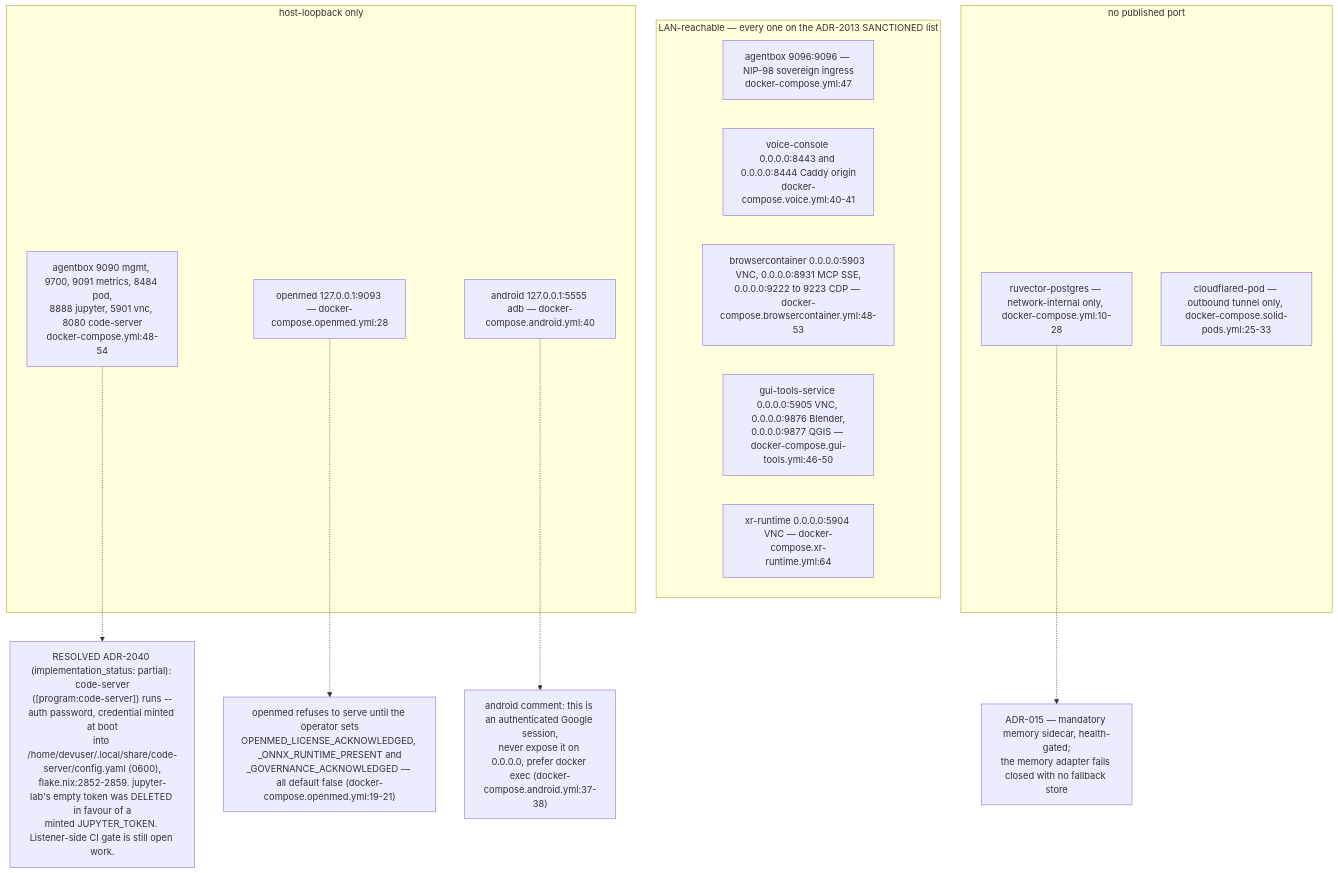
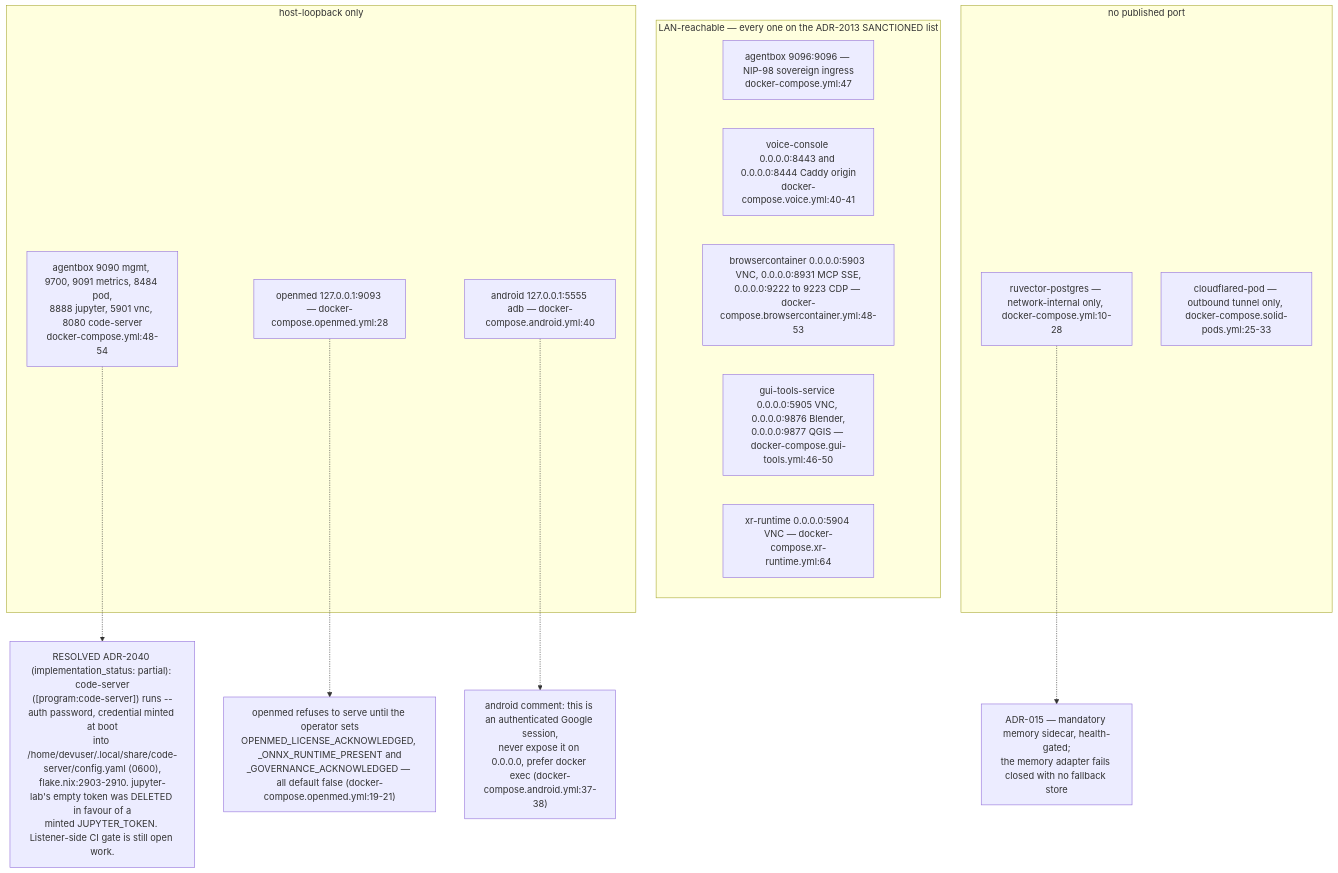
The seventh of 14 diagrams in docs/diagrams/agentbox/06-sidecars-and-compose-overlays.md (DreamLab-AI/VisionFlow), drawn with Mermaid before and after one commit. The commit also changed other lines of this file and 36 other files, not shown here.

First line of the commit message:
docs(diagrams): re-derive and re-stamp agentbox, dream-engine, visioncraft, visiontouch and vowl topics; drop LAN addresses

````diff
--- a/docs/diagrams/agentbox/06-sidecars-and-compose-overlays.md
+++ b/docs/diagrams/agentbox/06-sidecars-and-compose-overlays.md
@@ -222,23 +222,23 @@
 ```mermaid
 flowchart TB
     subgraph LANP["LAN-reachable — every one on the ADR-2013 SANCTIONED list"]
         P1["agentbox 9096:9096 — NIP-98 sovereign ingress<br/>docker-compose.yml:47"]
         P2["voice-console 0.0.0.0:8443 and 0.0.0.0:8444 Caddy origin<br/>docker-compose.voice.yml:40-41"]
         P3["browsercontainer 0.0.0.0:5903 VNC, 0.0.0.0:8931 MCP SSE,<br/>0.0.0.0:9222 to 9223 CDP — docker-compose.browsercontainer.yml:48-53"]
         P4["gui-tools-service 0.0.0.0:5905 VNC, 0.0.0.0:9876 Blender,<br/>0.0.0.0:9877 QGIS — docker-compose.gui-tools.yml:46-50"]
         P5["xr-runtime 0.0.0.0:5904 VNC — docker-compose.xr-runtime.yml:64"]
     end
     subgraph LOOP["host-loopback only"]
         Q1["agentbox 9090 mgmt, 9700, 9091 metrics, 8484 pod,<br/>8888 jupyter, 5901 vnc, 8080 code-server<br/>docker-compose.yml:48-54"]
         Q2["openmed 127.0.0.1:9093 — docker-compose.openmed.yml:28"]
         Q3["android 127.0.0.1:5555 adb — docker-compose.android.yml:40"]
     end
     subgraph NONE["no published port"]
         R1["ruvector-postgres — network-internal only, docker-compose.yml:10-28"]
         R2["cloudflared-pod — outbound tunnel only, docker-compose.solid-pods.yml:25-33"]
     end
     Q3 -.-> AND["android comment: this is an authenticated Google session,<br/>never expose it on 0.0.0.0, prefer docker exec (docker-compose.android.yml:37-38)"]
     Q2 -.-> OM["openmed refuses to serve until the operator sets<br/>OPENMED_LICENSE_ACKNOWLEDGED, _ONNX_RUNTIME_PRESENT and<br/>_GOVERNANCE_ACKNOWLEDGED — all default false (docker-compose.openmed.yml:19-21)"]
-    Q1 -.-> CSR["RESOLVED ADR-2040 (implementation_status: partial): code-server<br/>([program:code-server]) runs --auth password, credential minted at boot<br/>into /home/devuser/.local/share/code-server/config.yaml (0600),<br/>flake.nix:2852-2859. jupyter-lab's empty token was DELETED in favour of a<br/>minted JUPYTER_TOKEN. Listener-side CI gate is still open work."]
+    Q1 -.-> CSR["RESOLVED ADR-2040 (implementation_status: partial): code-server<br/>([program:code-server]) runs --auth password, credential minted at boot<br/>into /home/devuser/.local/share/code-server/config.yaml (0600),<br/>flake.nix:2903-2910. jupyter-lab's empty token was DELETED in favour of a<br/>minted JUPYTER_TOKEN. Listener-side CI gate is still open work."]
     R1 -.-> PGN["ADR-015 — mandatory memory sidecar, health-gated;<br/>the memory adapter fails closed with no fallback store"]
 ```
````
